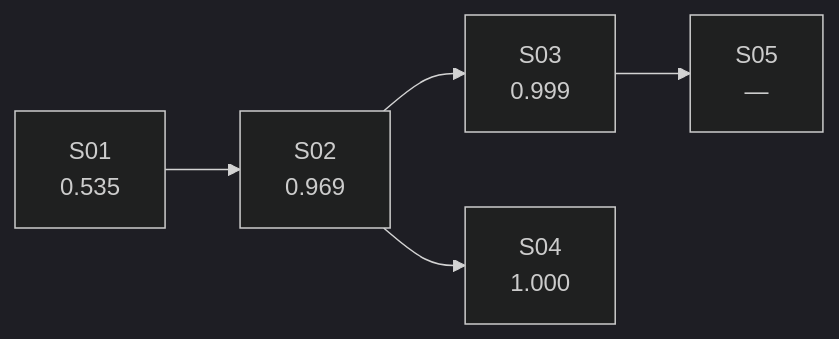
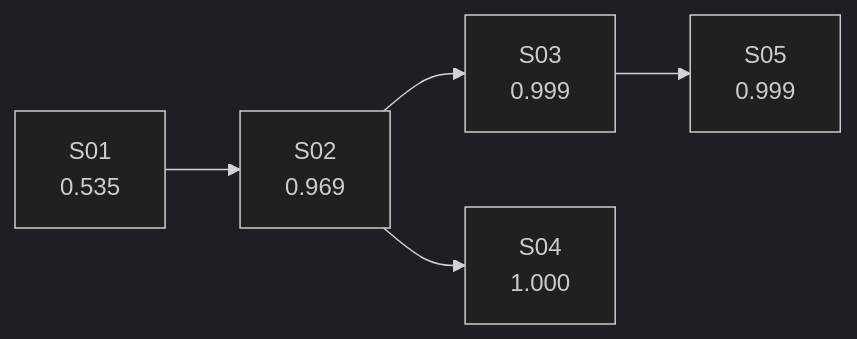
One commit to polinamiroshnichenko/masking-arena changed the diagram in results/evolution/mask/report.md. Above: the diagram before and after it, drawn with Mermaid (dark theme). The commit also changed other lines of this file and 6 other files, not shown here.

````diff
--- a/results/evolution/mask/report.md
+++ b/results/evolution/mask/report.md
@@ -9,12 +9,12 @@
 ```mermaid
 graph LR
   S01["S01<br/>0.535"]
   S02["S02<br/>0.969"]
   S01 --> S02
   S03["S03<br/>0.999"]
   S02 --> S03
   S04["S04<br/>1.000"]
   S02 --> S04
-  S05["S05<br/>—"]
+  S05["S05<br/>0.999"]
   S03 --> S05
 ```
````
